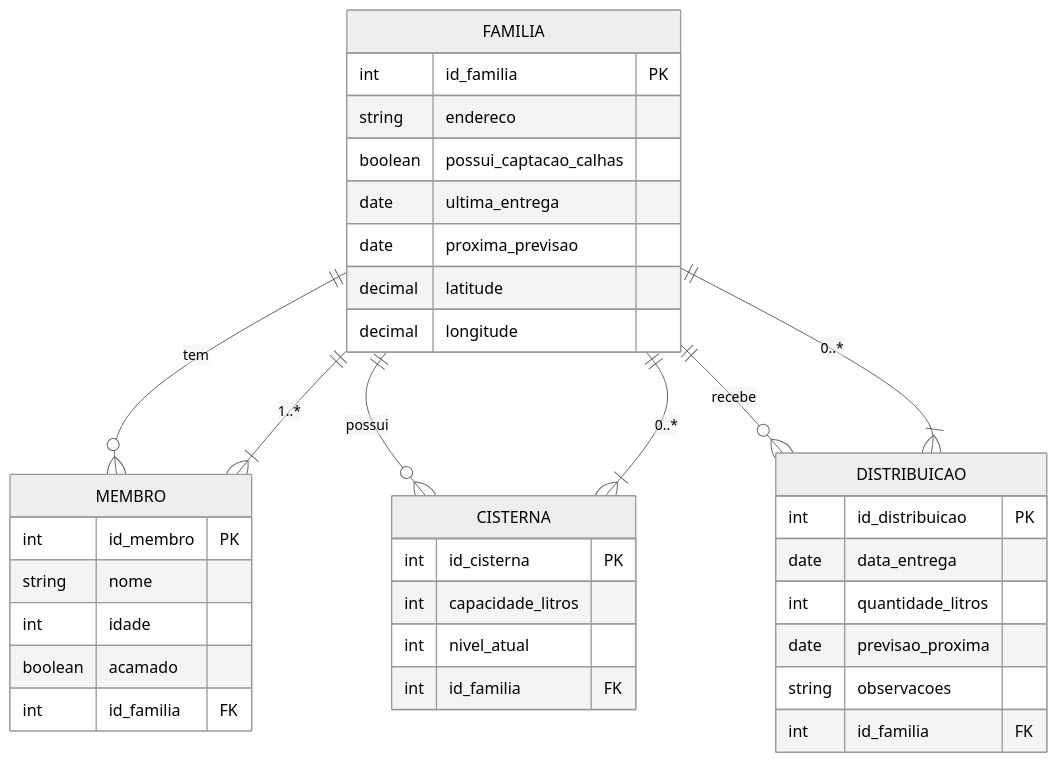
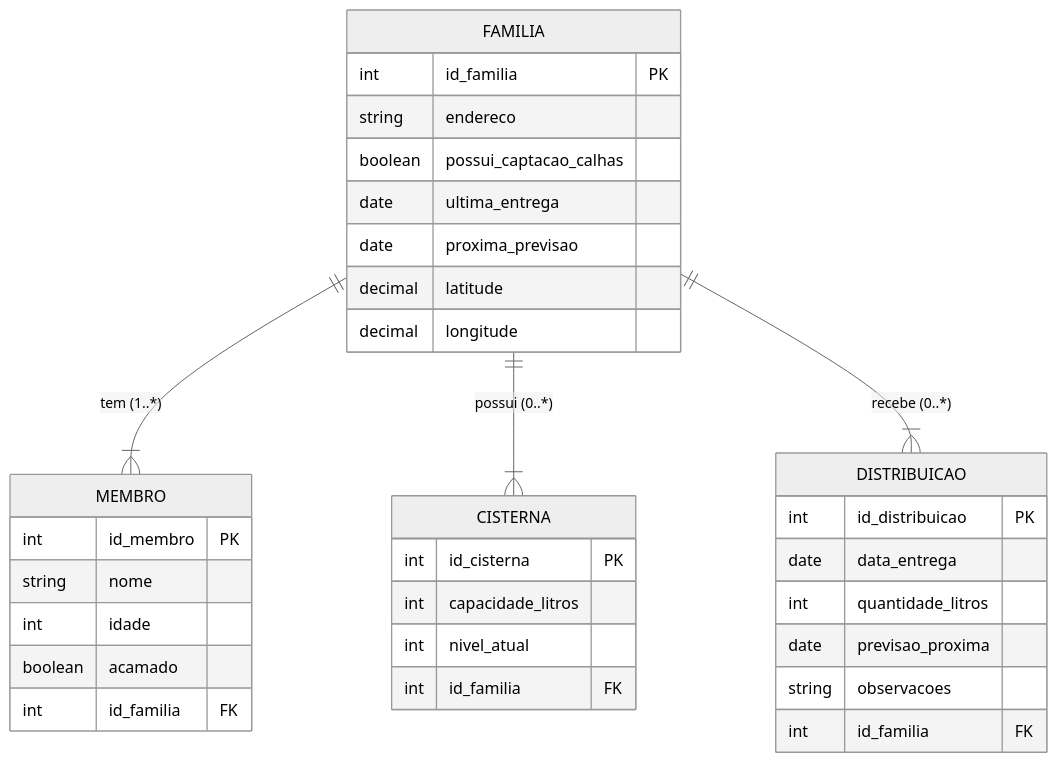
The diagram in README.md (ricardoo-azevedo/Projeto-Back-End-Mais-Agua-Para-Nosso-Povo), drawn with Mermaid (neutral theme) before and after one commit.

````diff
--- a/README.md
+++ b/README.md
@@ -34,45 +34,40 @@
 ```mermaid
 erDiagram
     FAMILIA {
         int id_familia PK
         string endereco
         boolean possui_captacao_calhas
         date ultima_entrega
         date proxima_previsao
         decimal latitude
         decimal longitude
     }
 
     MEMBRO {
         int id_membro PK
         string nome
         int idade
         boolean acamado
         int id_familia FK
     }
 
     CISTERNA {
         int id_cisterna PK
         int capacidade_litros
         int nivel_atual
         int id_familia FK
     }
 
     DISTRIBUICAO {
         int id_distribuicao PK
         date data_entrega
         int quantidade_litros
         date previsao_proxima
         string observacoes
         int id_familia FK
     }
 
-    FAMILIA ||--o{ MEMBRO : "tem"
-    FAMILIA ||--o{ CISTERNA : "possui"
-    FAMILIA ||--o{ DISTRIBUICAO : "recebe"
-
-    %% Cardinalidades explicitas
-    FAMILIA ||--|{ MEMBRO : "1..*"
-    FAMILIA ||--|{ CISTERNA : "0..*"
-    FAMILIA ||--|{ DISTRIBUICAO : "0..*"
+    FAMILIA ||--|{ MEMBRO : "tem (1..*)"
+    FAMILIA ||--|{ CISTERNA : "possui (0..*)"
+    FAMILIA ||--|{ DISTRIBUICAO : "recebe (0..*)"
 ```
````
